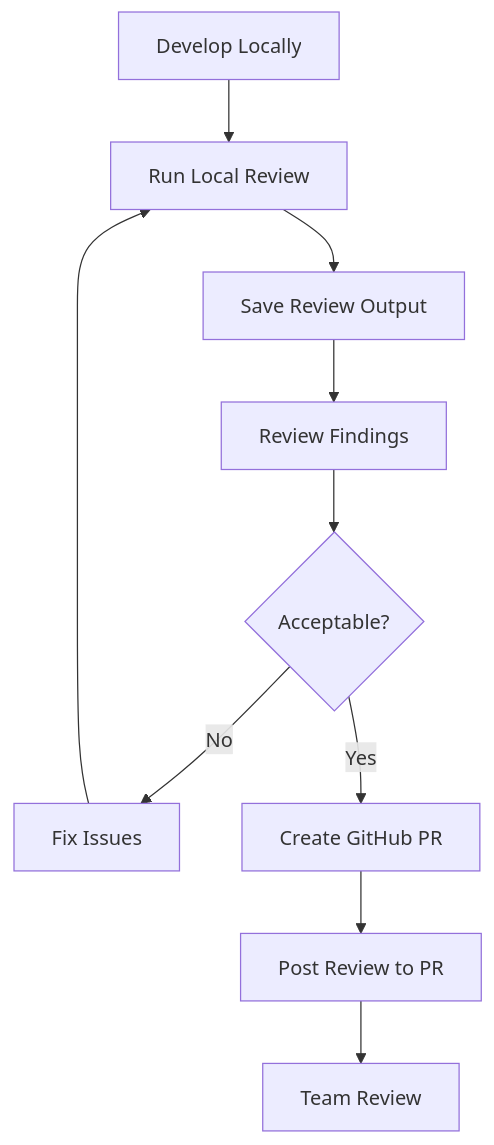
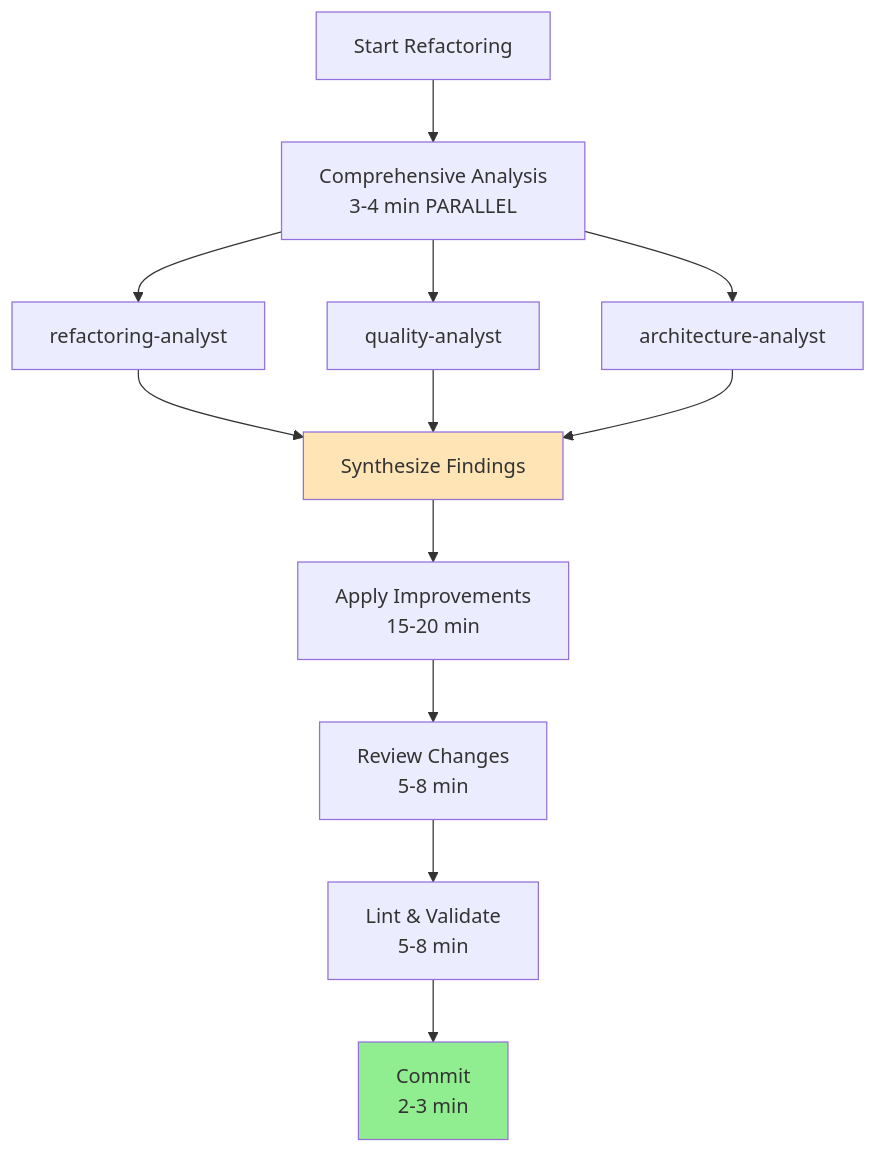
Before and after one commit to thomasholknielsen/claude-code-config: the fourth of 8 diagrams in docs/typical-workflows.md, drawn with Mermaid. The commit also changed other lines of this file and 123 other files, not shown here.

````diff
--- a/docs/typical-workflows.md
+++ b/docs/typical-workflows.md
@@ -142,12 +330,17 @@
 ```mermaid
 graph TD
-    A[Develop Locally] --> B[Run Local Review]
-    B --> C[Save Review Output]
-    C --> D[Review Findings]
-    D --> E{Acceptable?}
-    E -->|No| F[Fix Issues]
-    F --> B
-    E -->|Yes| G[Create GitHub PR]
-    G --> H[Post Review to PR]
-    H --> I[Team Review]
+    A[Start Refactoring] --> B[Comprehensive Analysis<br/>3-4 min PARALLEL]
+    B --> C1[refactoring-analyst]
+    B --> C2[quality-analyst]
+    B --> C3[architecture-analyst]
+    C1 --> D[Synthesize Findings]
+    C2 --> D
+    C3 --> D
+    D --> E[Apply Improvements<br/>15-20 min]
+    E --> F[Review Changes<br/>5-8 min]
+    F --> G[Lint & Validate<br/>5-8 min]
+    G --> H[Commit<br/>2-3 min]
+
+    style D fill:#FFE4B5
+    style H fill:#90EE90
 ```
````
